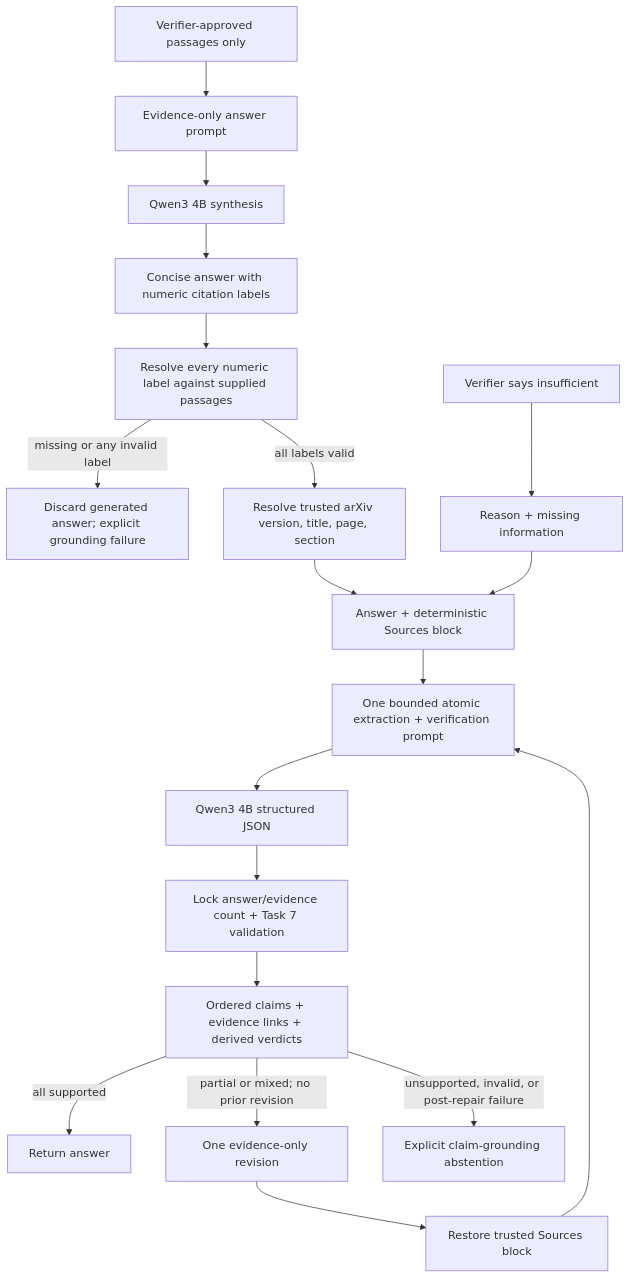
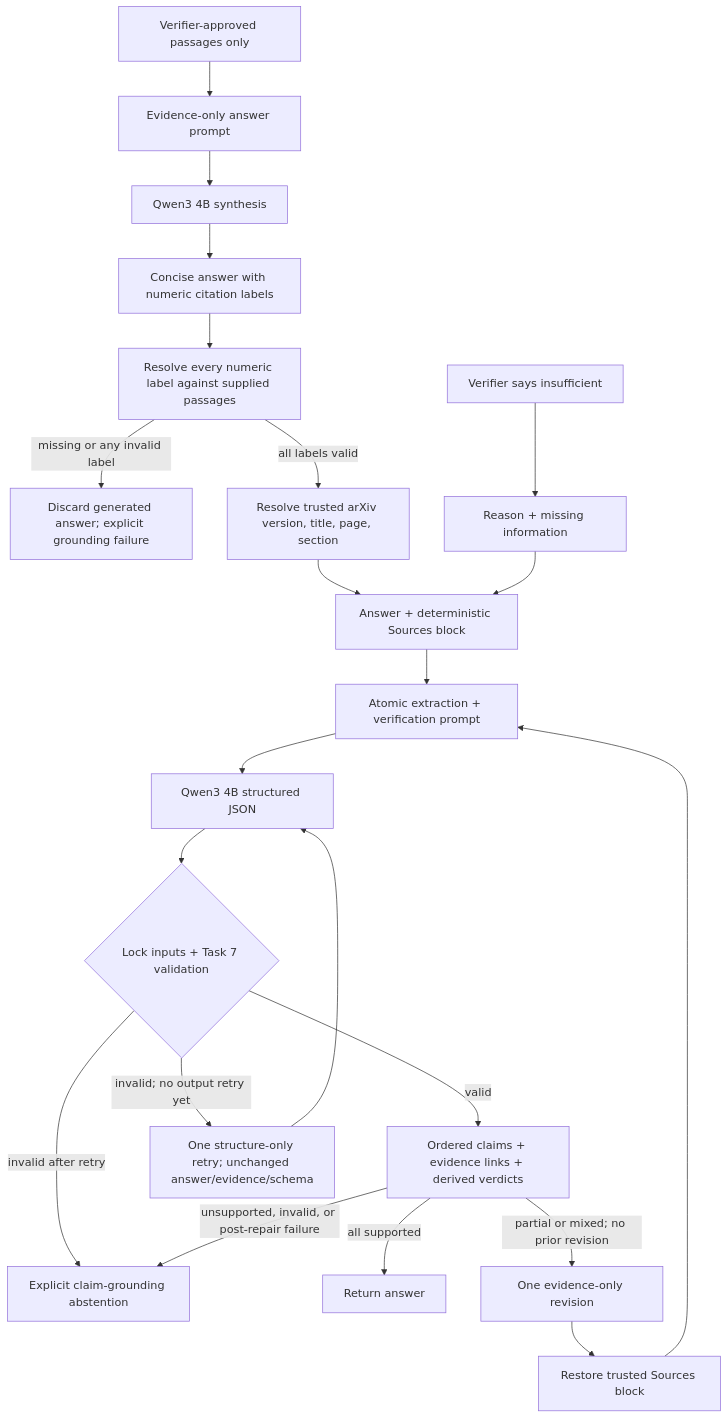
The eighth of 11 diagrams in docs/SYSTEM_VISUALIZATION.md (TQC0103/scientific-research-agent), drawn with Mermaid before and after one commit. The commit also changed other lines of this file and 15 other files, not shown here.

Commit message:
Harden verifier semantics and claim output handling

````diff
--- a/docs/SYSTEM_VISUALIZATION.md
+++ b/docs/SYSTEM_VISUALIZATION.md
@@ -211,23 +217,26 @@
 ```mermaid
 flowchart TD
     VERIFIED["Verifier-approved passages only"] --> PROMPT["Evidence-only answer prompt"]
     PROMPT --> QWEN["Qwen3 4B synthesis"]
     QWEN --> RAW["Concise answer with numeric citation labels"]
     RAW --> PARSE["Resolve every numeric label against supplied passages"]
     PARSE -->|"missing or any invalid label"| CITEFAIL["Discard generated answer; explicit grounding failure"]
     PARSE -->|"all labels valid"| METADATA["Resolve trusted arXiv version, title, page, section"]
     METADATA --> FINAL["Answer + deterministic Sources block"]
 
     INSUFFICIENT["Verifier says insufficient"] --> ABSTAIN["Reason + missing information"]
     ABSTAIN --> FINAL
 
-    FINAL --> CLAIMPROMPT["One bounded atomic extraction + verification prompt"]
+    FINAL --> CLAIMPROMPT["Atomic extraction + verification prompt"]
     CLAIMPROMPT --> CLAIMQWEN["Qwen3 4B structured JSON"]
-    CLAIMQWEN --> CLAIMGUARD["Lock answer/evidence count + Task 7 validation"]
-    CLAIMGUARD --> CLAIMBUNDLE["Ordered claims + evidence links + derived verdicts"]
+    CLAIMQWEN --> CLAIMGUARD{"Lock inputs + Task 7 validation"}
+    CLAIMGUARD -->|"valid"| CLAIMBUNDLE["Ordered claims + evidence links + derived verdicts"]
+    CLAIMGUARD -->|"invalid; no output retry yet"| FORMATRETRY["One structure-only retry; unchanged answer/evidence/schema"]
+    FORMATRETRY --> CLAIMQWEN
+    CLAIMGUARD -->|"invalid after retry"| CLAIMFAIL["Explicit claim-grounding abstention"]
     CLAIMBUNDLE -->|"all supported"| VERIFIED_FINAL["Return answer"]
     CLAIMBUNDLE -->|"partial or mixed; no prior revision"| REPAIR["One evidence-only revision"]
     REPAIR --> SOURCES["Restore trusted Sources block"]
     SOURCES --> CLAIMPROMPT
     CLAIMBUNDLE -->|"unsupported, invalid, or post-repair failure"| CLAIMFAIL["Explicit claim-grounding abstention"]
 ```
````
